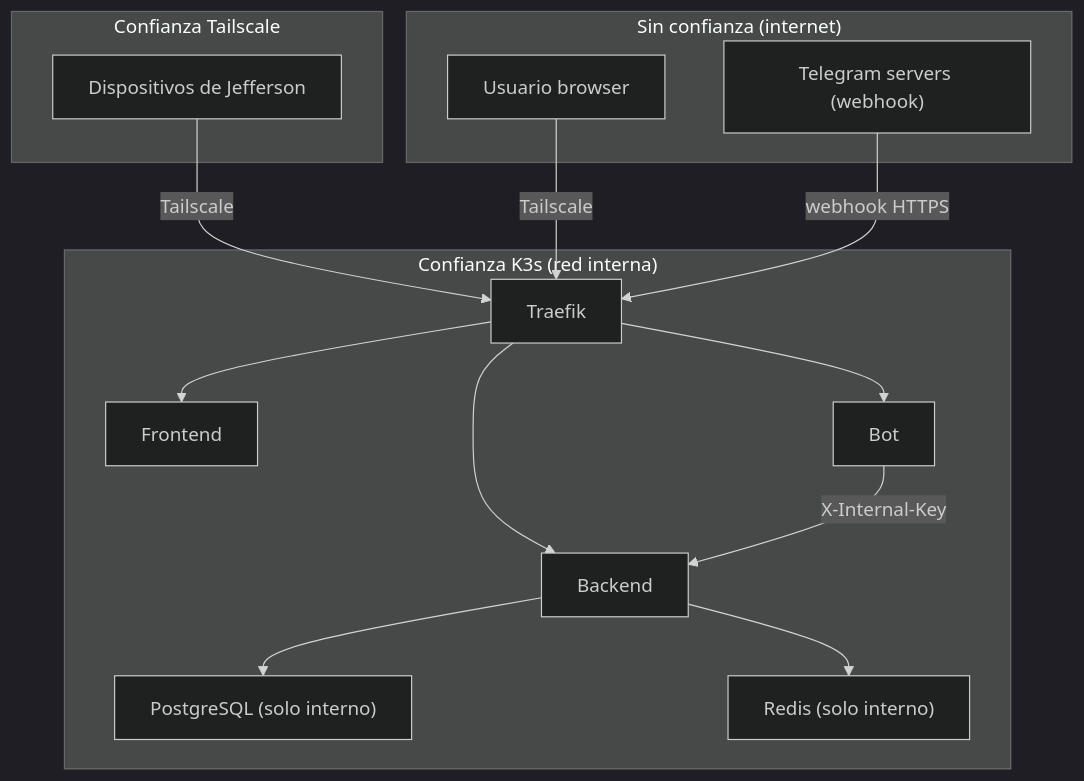
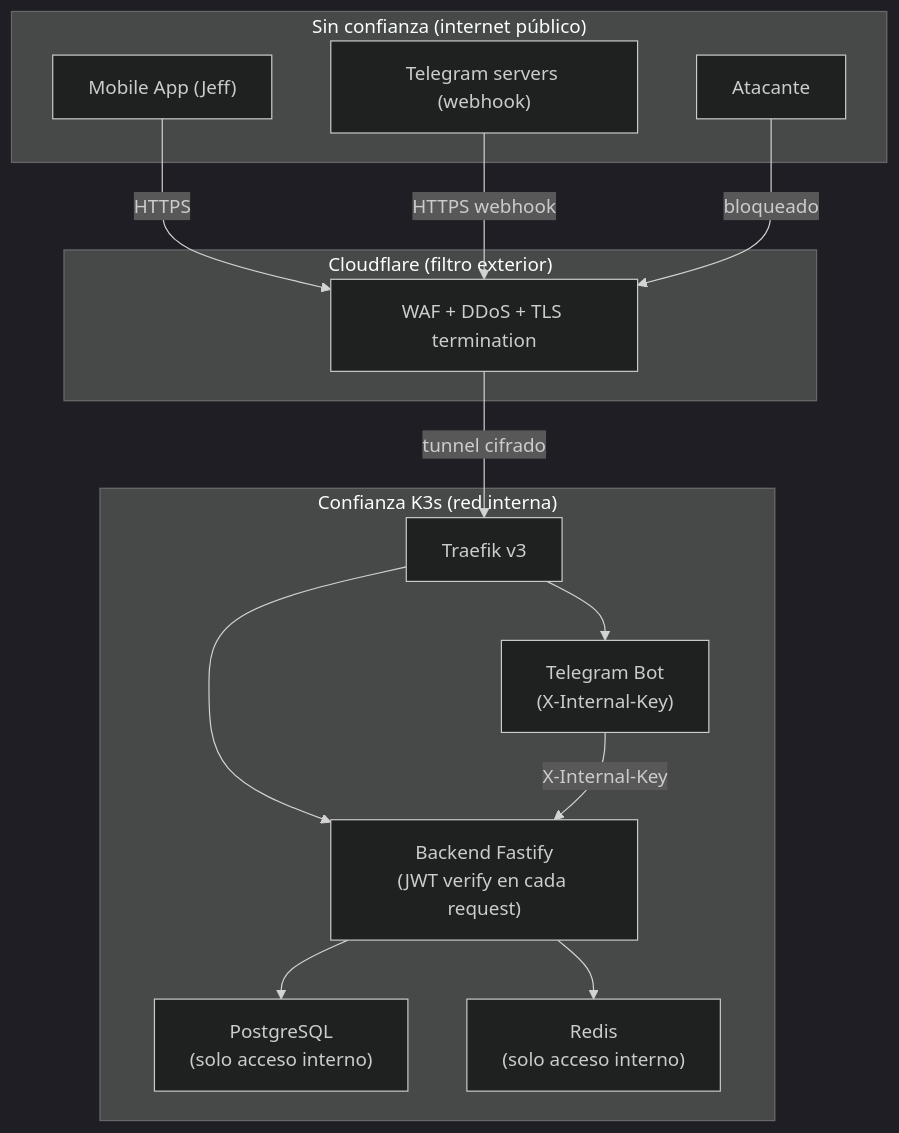
One commit to root-jeff/Sotang-Documentation changed the second of 2 diagrams in arquitectura/security.md. Above: the diagram before and after it, drawn with Mermaid (dark theme). The commit also changed other lines of this file and 17 other files, not shown here.

````diff
--- a/arquitectura/security.md
+++ b/arquitectura/security.md
@@ -65,20 +78,29 @@
 ```mermaid
 graph TB
-    subgraph EXTERNAL["Sin confianza (internet)"]
-        USER["Usuario browser"]
+    subgraph INTERNET["Sin confianza (internet público)"]
+        MOB["Mobile App (Jeff)"]
         TG_SRV["Telegram servers (webhook)"]
+        ATTACKER["Atacante"]
     end
-    subgraph VPN["Confianza Tailscale"]
-        JEFF_DEVICE["Dispositivos de Jefferson"]
+
+    subgraph CF["Cloudflare (filtro exterior)"]
+        CF_WAF["WAF + DDoS + TLS termination"]
     end
+
     subgraph CLUSTER["Confianza K3s (red interna)"]
-        TRAEFIK_C["Traefik"] --> FE_C["Frontend"]
-        TRAEFIK_C --> BE_C["Backend"]
-        TRAEFIK_C --> BOT_C["Bot"]
-        BOT_C -->|"X-Internal-Key"| BE_C
-        BE_C --> PG_C["PostgreSQL (solo interno)"]
-        BE_C --> REDIS_C["Redis (solo interno)"]
+        TRAEFIK_C["Traefik v3"]
+        BE_C["Backend Fastify\n(JWT verify en cada request)"]
+        BOT_C["Telegram Bot\n(X-Internal-Key)"]
+        PG_C["PostgreSQL\n(solo acceso interno)"]
+        REDIS_C["Redis\n(solo acceso interno)"]
     end
-    USER & JEFF_DEVICE -->|"Tailscale"| TRAEFIK_C
-    TG_SRV -->|"webhook HTTPS"| TRAEFIK_C
+
+    MOB -->|"HTTPS"| CF_WAF
+    TG_SRV -->|"HTTPS webhook"| CF_WAF
+    ATTACKER -->|"bloqueado"| CF_WAF
+
+    CF_WAF -->|"tunnel cifrado"| TRAEFIK_C
+    TRAEFIK_C --> BE_C & BOT_C
+    BOT_C -->|"X-Internal-Key"| BE_C
+    BE_C --> PG_C & REDIS_C
 ```
````
